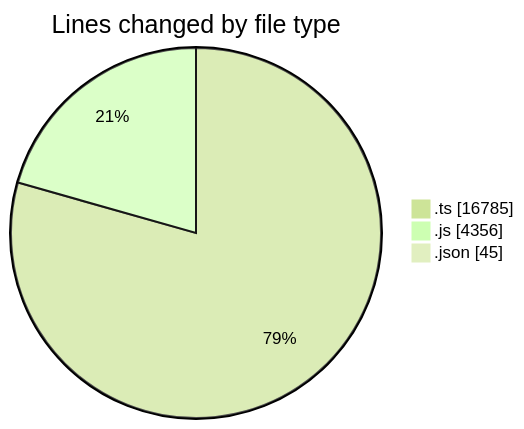
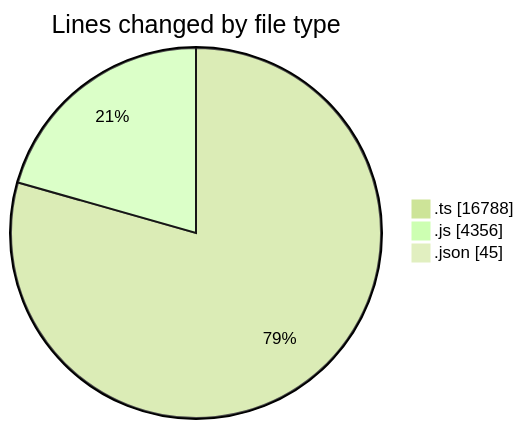
One commit to momahboobian/code-tracking changed the first of 2 diagrams in 2025-07-29/cda/README.md. Above: the diagram before and after it, drawn with Mermaid (forest theme). The commit also changed other lines of this file and 1 other file, not shown here.

````diff
--- a/2025-07-29/cda/README.md
+++ b/2025-07-29/cda/README.md
@@ -30,7 +30,7 @@
 ```mermaid
 pie showData
 title Lines changed by file type
-".ts" : 16785
+".ts" : 16788
 ".js" : 4356
 ".json" : 45
 ```
````
